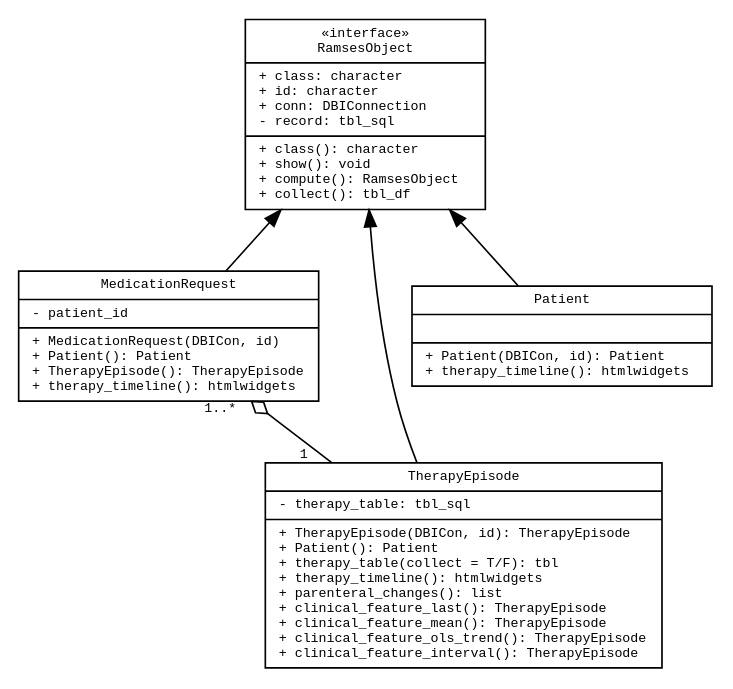
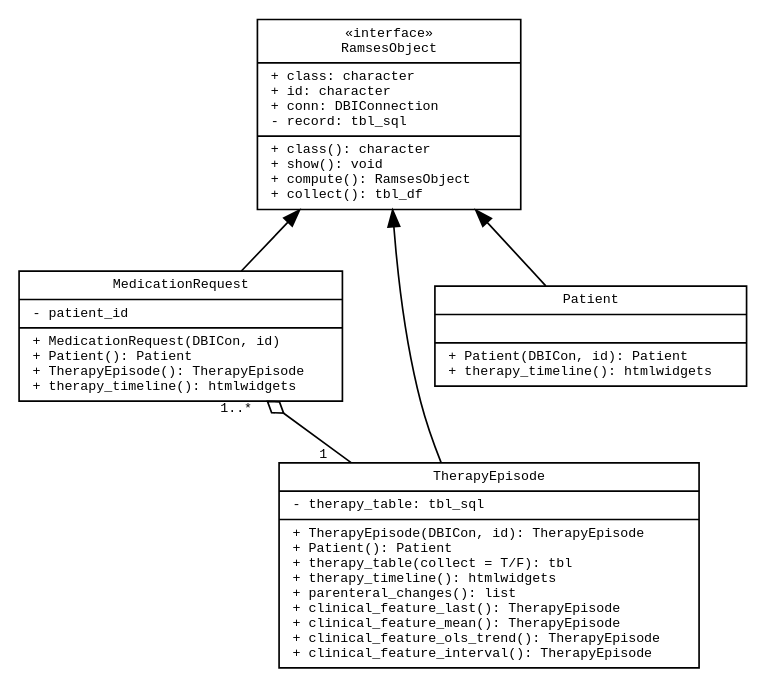
The diagram in vignettes/ramses-objects/ramses-med-class-diagram.gv (ramses-antibiotics/ramses-package), drawn with Graphviz before and after one commit.

Commit message:
adjust graphviz block width to fit Courier New

```diff
--- a/vignettes/ramses-objects/ramses-med-class-diagram.gv
+++ b/vignettes/ramses-objects/ramses-med-class-diagram.gv
@@ -1,160 +1,160 @@
 digraph G {
   
 
   node [
           fontname = "monospace"
           shape = "record"
           width = 1.5
           fontsize = 8
   ]
 
   edge [
           fontname = "monospace"
           fontsize = 8
   ]
 
 # arrowheads
 # Association open
 # Inheritance empty
 # Realisation/implementation empty + style=dashed
 # Dependency open + style=dashed
 # Aggregation odiamond
 # Composition diamond
 
 
 # Interface
 RamsesObject [
-  width = 2
+  width = 2.2
   label = "{«interface»\n
   RamsesObject|
   + class: character\l
   + id: character\l
   + conn: DBIConnection\l
   - record: tbl_sql\l|
   
   + class(): character\l
   + show(): void\l
   + compute(): RamsesObject\l
   + collect(): tbl_df\l}"
 ]
 
 /*
 Prescription [
   width = 3
   label = "{Prescription|
   - prescription_type: \{\"mono\", \"combo\"\}\l
   - medication_requests\l
   + therapy_id: character\l|
   
   + Prescription(DBICon., id): Prescription\l
   + Patient(): Patient\l
   + TherapyEpisode(): TherapyEpisode\l
   + prescription_type(): \{\"mono\", \"combo\"\}\l
   + medication_requests(): list\l
   + therapy_timeline(): htmlwidgets\l}"
 ]
 
 Prescription_Mono [
   label = "{Prescription_Mono|
   - type: \"mono\"\l
   }"
 ]
 
 Prescription_Combo [
   label = "{Prescription_Combo|
   - type: \"combo\"\l
   }"
 ]
 */
 
 MedicationRequest [
-  width = 2.5
+  width = 2.7
   label = "{MedicationRequest|
   - patient_id\l|
   
   + MedicationRequest(DBICon, id)\l
   + Patient(): Patient\l
   + TherapyEpisode(): TherapyEpisode\l
   + therapy_timeline(): htmlwidgets\l}"
   
   # + Clinician(): Clinician\l
   #  + Prescription(): Prescription\l
 ]
 
 TherapyEpisode [
-  width = 3.3
+  width = 3.5
   label = "{TherapyEpisode|
   - therapy_table: tbl_sql\l|
   
   + TherapyEpisode(DBICon, id): TherapyEpisode\l
   + Patient(): Patient\l
   + therapy_table(collect = T/F): tbl\l
   + therapy_timeline(): htmlwidgets\l
   + parenteral_changes(): list\l
   + clinical_feature_last(): TherapyEpisode\l
   + clinical_feature_mean(): TherapyEpisode\l
   + clinical_feature_ols_trend(): TherapyEpisode\l
   + clinical_feature_interval(): TherapyEpisode\l}"
 #  + medication_request(): list\l}"
 ]
 
 Patient [
-  width = 2.5
+  width = 2.6
   label = "{Patient|
   \l|
   + Patient(DBICon, id): Patient\l
   + therapy_timeline(): htmlwidgets\l}"
 ]
 
 /*
 Clinician [
   width = 2.5
   label = "{Clinician|
   \l|
   + Clinician(DBICon, id): Clinician\l
   + get_specialty(): character\l
   + get_lead_clinician: Clinician\l}"
 ]*/
 
 /*
 TherapyList [
 label = "{TherapyList|\l+ id: list\l+ type: \"therapy-list\"\l- TherapyTable: tbl\l+ lazy_status: boolean\l|+ fetch(): data.frame\l + therapy_table(): list\l}"
 ]
 */
 
 
 /*RamsesObject -> Prescription [dir=back]
 Prescription -> Prescription_Mono [dir=back]
 Prescription -> Prescription_Combo [dir=back]*/
 RamsesObject -> MedicationRequest [dir=back]
 
 RamsesObject -> Patient [dir=back]
 /*RamsesObject -> Clinician [dir=back]*/
 RamsesObject -> TherapyEpisode [dir=back]
 
 TherapyEpisode -> MedicationRequest [ constraint=false
   arrowhead=odiamond
   headlabel = "1..*  "
   taillabel = "1   "]
 /*Prescription_Mono -> MedicationRequest [ constraint=false
   arrowhead=odiamond
   headlabel = "1..*       "
   taillabel = "1"]
 Prescription_Combo -> MedicationRequest [
   arrowhead=odiamond
   headlabel = "2..*    "
   taillabel = "1"]*/
 
 
 /*Patient -> Clinician [ style = invis ]; 
 TherapyEpisode -> Clinician  [ style = invis ]; */
 Patient -> TherapyEpisode  [ style = invis ]; 
 
 
 /*
 TherapyEpisode -> TherapyList [constraint=false
   arrowtail=odiamond
   headlabel = "2..*  "
   taillabel = "0..*  "]
 */  
 }
```
